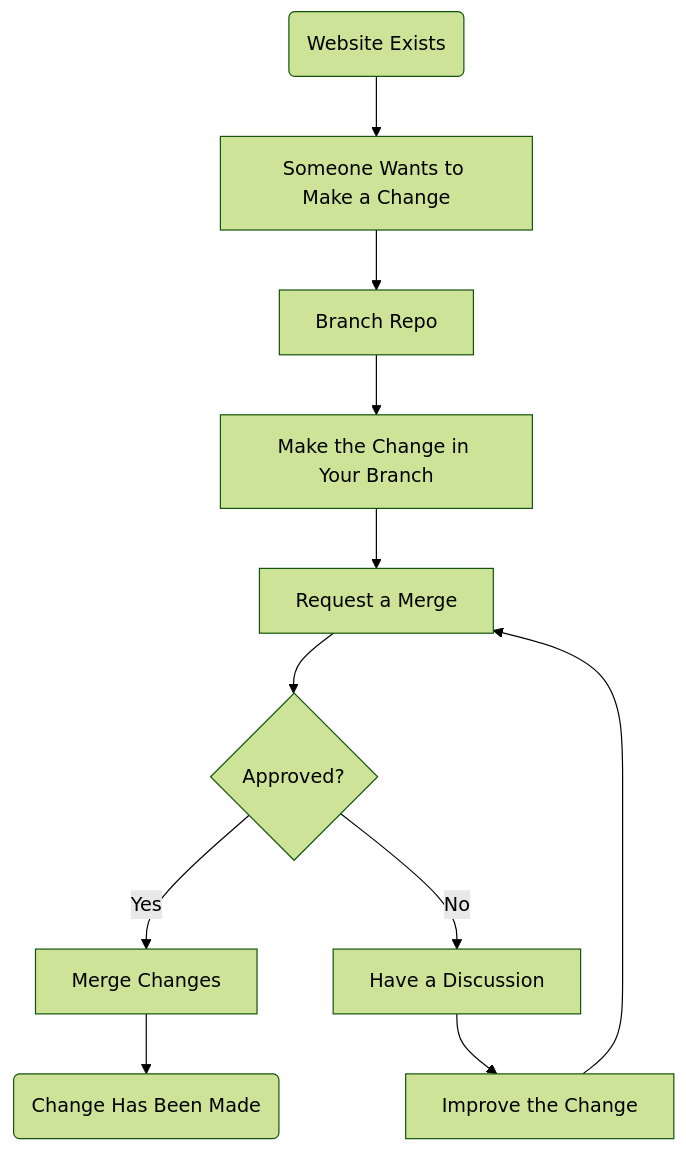
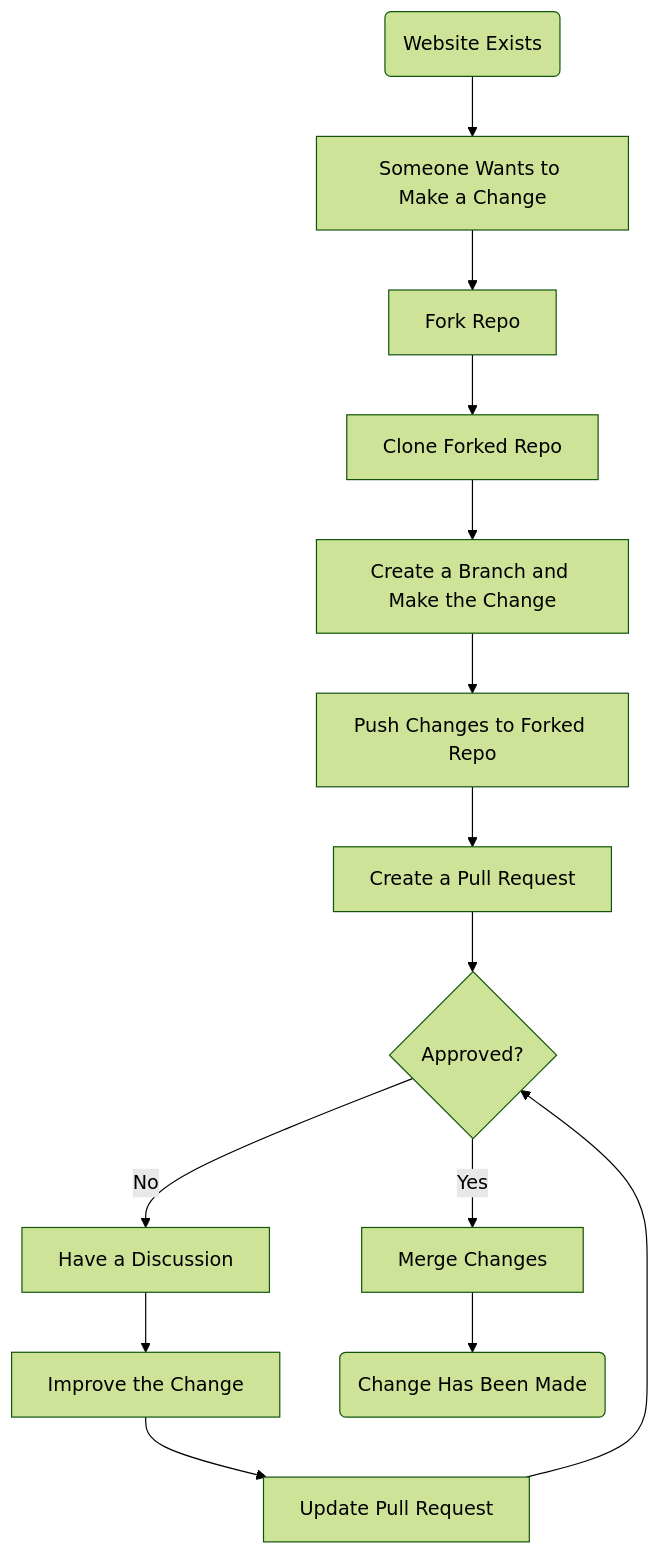
The diagram in src/docs/contributing/process.md (openordu/ordu-11ty), drawn with Mermaid (forest theme) before and after one commit. The commit also changed 10 other files, not shown here.

````diff
--- a/src/docs/contributing/process.md
+++ b/src/docs/contributing/process.md
@@ -19,13 +19,16 @@
 ```mermaid
 graph TD
     st(Website Exists) --> op1[Someone Wants to Make a Change]
-    op1 --> sub1[Branch Repo]
-    sub1 --> op2[Make the Change in Your Branch]
-    op2 --> sub2[Request a Merge]
-    sub2 --> cond{Approved?}
+    op1 --> sub1[Fork Repo]
+    sub1 --> sub2[Clone Forked Repo]
+    sub2 --> op2[Create a Branch and Make the Change]
+    op2 --> sub3[Push Changes to Forked Repo]
+    sub3 --> sub4[Create a Pull Request]
+    sub4 --> cond{Approved?}
     cond -- Yes --> io[Merge Changes]
     cond -- No --> op3[Have a Discussion]
     op3 --> op4[Improve the Change]
-    op4 --> sub2
+    op4 --> sub5[Update Pull Request]
+    sub5 --> cond
     io --> e(Change Has Been Made)
 ```
````
